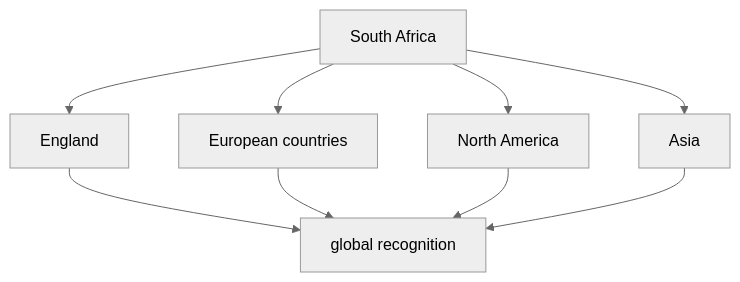
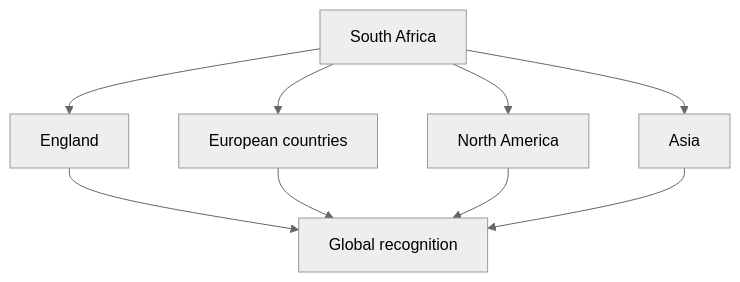
One commit to monumental-movement/monumental-movement.github.io changed the fifth of 8 diagrams in en/_posts/2025-11-30-column-south-african-amapiano.md. Above: the diagram before and after it, drawn with Mermaid (neutral theme). The commit also changed other lines of this file and 528 other files, not shown here.

```diff
--- a/en/_posts/2025-11-30-column-south-african-amapiano.md
+++ b/en/_posts/2025-11-30-column-south-african-amapiano.md
@@ -213,8 +221,12 @@
 <div class="mermaid">
 graph TD
-    ZA[South Africa] --> UK[England]
-    ZA --> EU[European countries]
-    ZA --> US[North America]
-    ZA --> AS[Asia]
-    UK & EU & US & AS --> GLOBAL[global recognition]
+    ZA["South Africa"] --> UK["England"]
+    ZA --> EU["European countries"]
+    ZA --> US["North America"]
+    ZA --> AS["Asia"]
+
+    UK --> GLB["Global recognition"]
+    EU --> GLB
+    US --> GLB
+    AS --> GLB
 </div>
```
